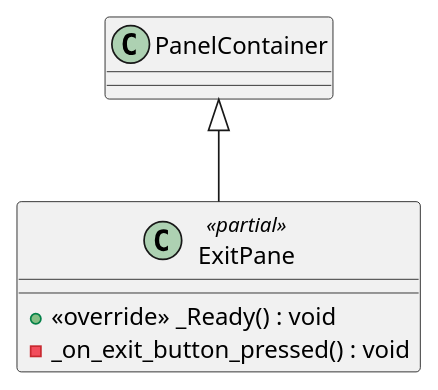
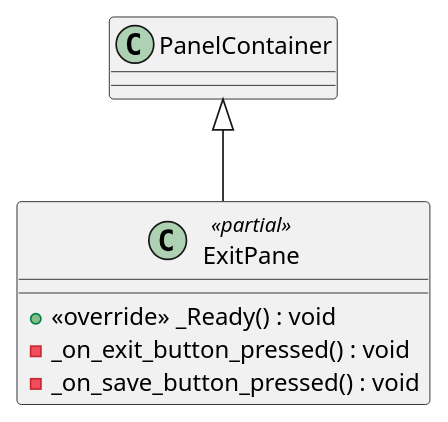
The diagram in PlantUML/scenes/ExitPane.puml (Leximon-SWE-2025/Leximon), drawn with PlantUML before and after one commit. The commit also changed 13 other files, not shown here.

Commit message:
update UML

```diff
--- a/PlantUML/scenes/ExitPane.puml
+++ b/PlantUML/scenes/ExitPane.puml
@@ -1,7 +1,8 @@
 @startuml
 class ExitPane <<partial>> {
     + <<override>> _Ready() : void
     - _on_exit_button_pressed() : void
+    - _on_save_button_pressed() : void
 }
 PanelContainer <|-- ExitPane
 @enduml
```
